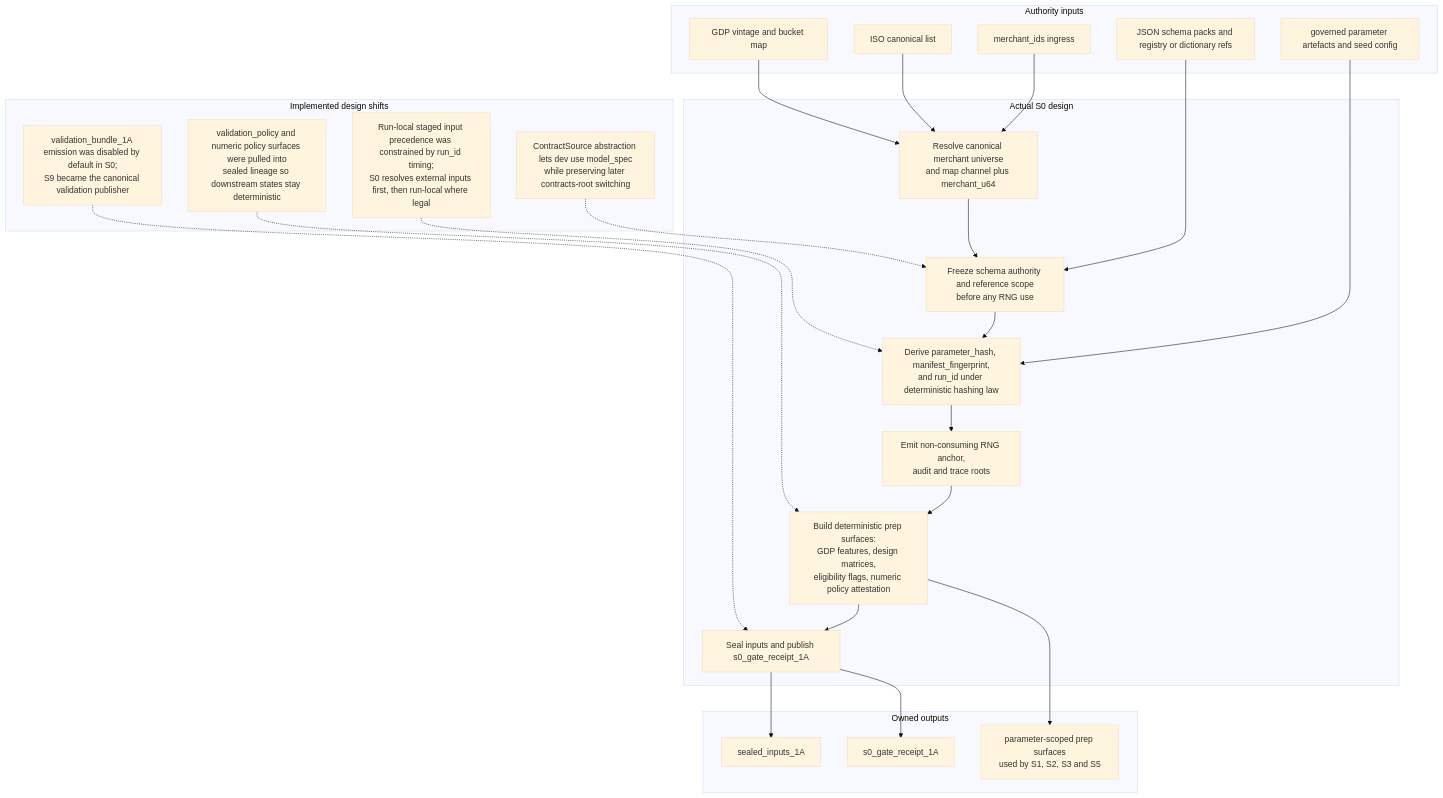
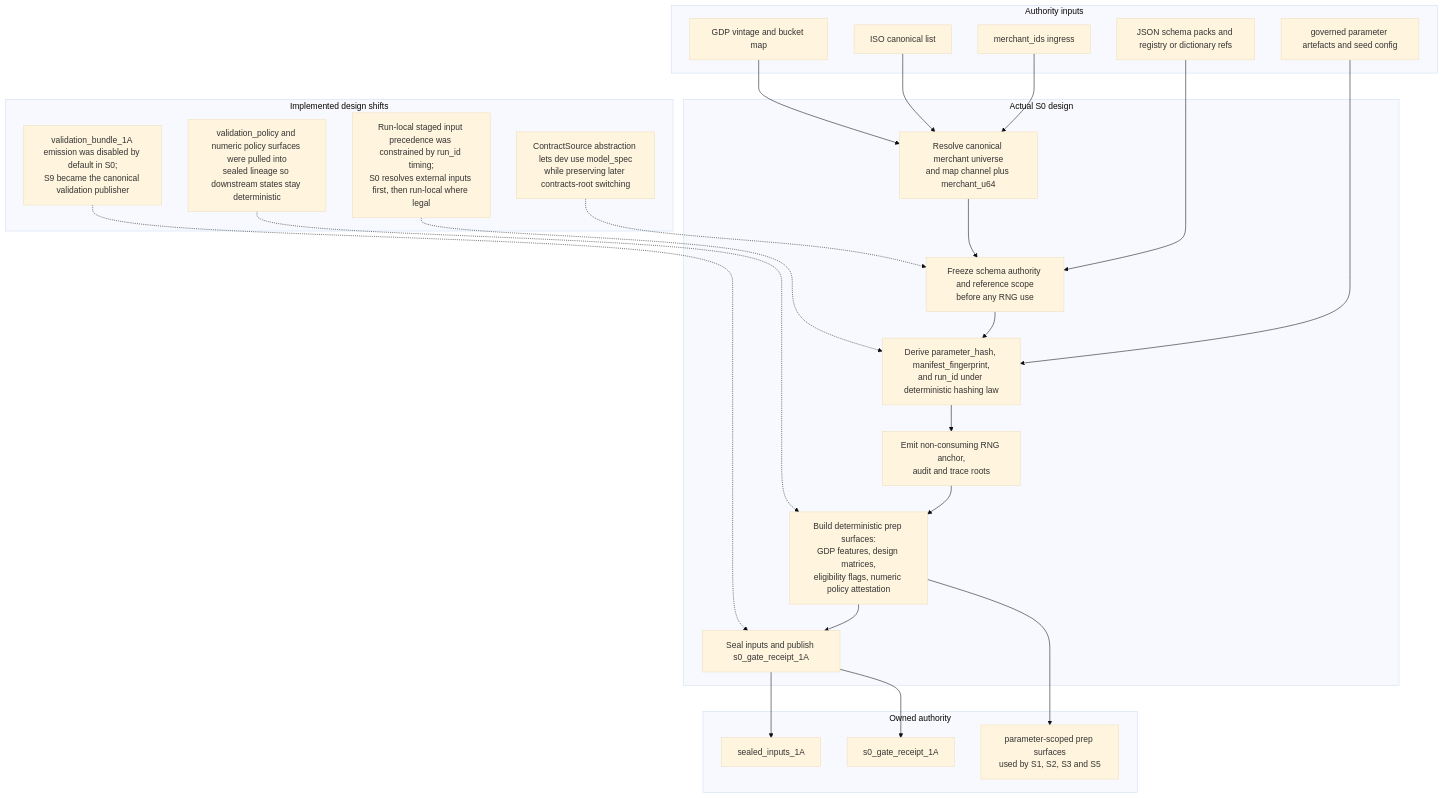
One commit to EsosaOrumwese/fraud-detection-system changed the diagram in docs/design/data-engine/layer-1/1A/1A-S0-design-flow.mmd. Above: the diagram before and after it, drawn with Mermaid (base theme).

Commit message:
Rename output subgraph to "Owned authority" for improved clarity

```diff
--- a/docs/design/data-engine/layer-1/1A/1A-S0-design-flow.mmd
+++ b/docs/design/data-engine/layer-1/1A/1A-S0-design-flow.mmd
@@ -1,45 +1,45 @@
 flowchart TD
   subgraph inputs["Authority inputs"]
     I1["merchant_ids ingress"]
     I2["ISO canonical list"]
     I3["GDP vintage and bucket map"]
     I4["JSON schema packs and registry or dictionary refs"]
     I5["governed parameter artefacts and seed config"]
   end
 
   subgraph core["Actual S0 design"]
     C1["Resolve canonical merchant universe<br/>and map channel plus merchant_u64"]
     C2["Freeze schema authority and reference scope<br/>before any RNG use"]
     C3["Derive parameter_hash, manifest_fingerprint,<br/>and run_id under deterministic hashing law"]
     C4["Emit non-consuming RNG anchor,<br/>audit and trace roots"]
     C5["Build deterministic prep surfaces:<br/>GDP features, design matrices,<br/>eligibility flags, numeric policy attestation"]
     C6["Seal inputs and publish s0_gate_receipt_1A"]
   end
 
   subgraph shifts["Implemented design shifts"]
     S1["ContractSource abstraction lets dev use model_spec<br/>while preserving later contracts-root switching"]
     S2["Run-local staged input precedence was constrained by run_id timing;<br/>S0 resolves external inputs first, then run-local where legal"]
     S3["validation_bundle_1A emission was disabled by default in S0;<br/>S9 became the canonical validation publisher"]
     S4["validation_policy and numeric policy surfaces were pulled into<br/>sealed lineage so downstream states stay deterministic"]
   end
 
-  subgraph outputs["Owned outputs"]
+  subgraph outputs["Owned authority"]
     O1["sealed_inputs_1A"]
     O2["s0_gate_receipt_1A"]
     O3["parameter-scoped prep surfaces<br/>used by S1, S2, S3 and S5"]
   end
 
   I1 --> C1
   I2 --> C1
   I3 --> C1
   I4 --> C2
   I5 --> C3
   C1 --> C2 --> C3 --> C4 --> C5 --> C6
   C6 --> O1
   C6 --> O2
   C5 --> O3
 
   S1 -.-> C2
   S2 -.-> C3
   S3 -.-> C6
   S4 -.-> C5
```
